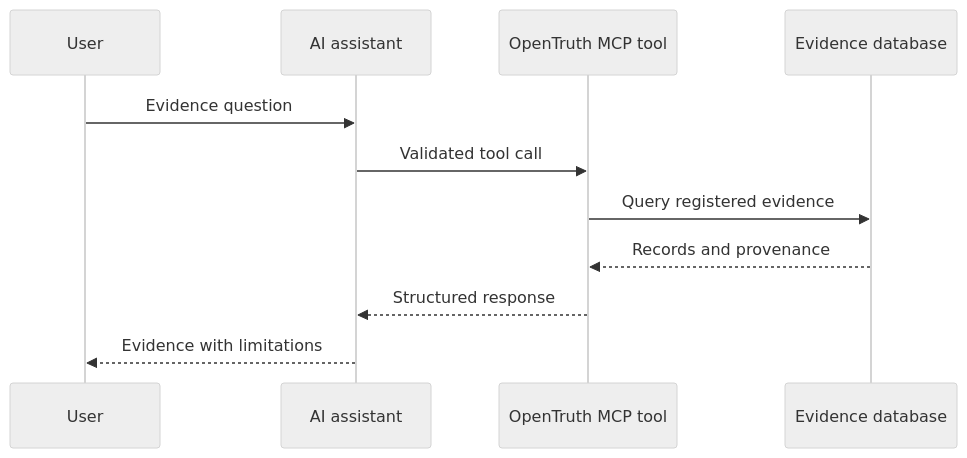
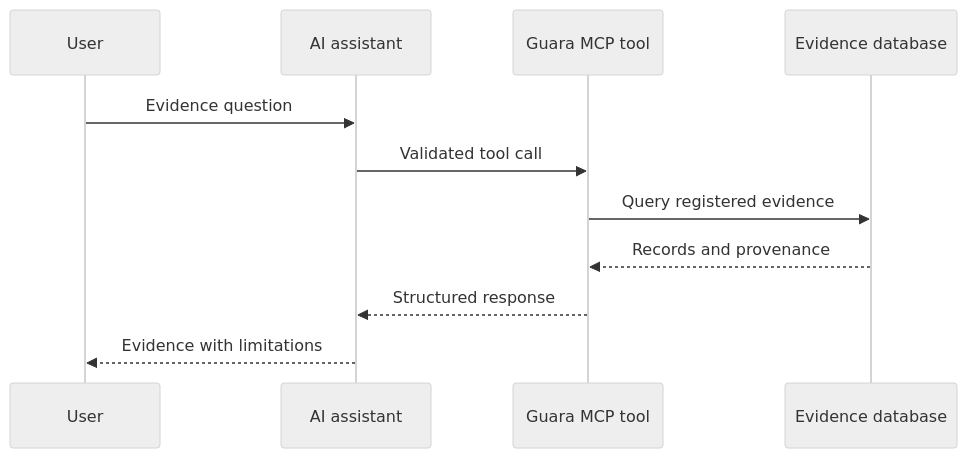
Before and after one commit to fredsevmartins/Guara: the diagram in docs/workflows/mcp-interaction.mmd, drawn with Mermaid (neutral theme). The commit also changed 33 other files, not shown here.

```diff
--- a/docs/workflows/mcp-interaction.mmd
+++ b/docs/workflows/mcp-interaction.mmd
@@ -1,11 +1,11 @@
 sequenceDiagram
     participant User
     participant Assistant as AI assistant
-    participant MCP as OpenTruth MCP tool
+    participant MCP as Guara MCP tool
     participant DB as Evidence database
     User->>Assistant: Evidence question
     Assistant->>MCP: Validated tool call
     MCP->>DB: Query registered evidence
     DB-->>MCP: Records and provenance
     MCP-->>Assistant: Structured response
     Assistant-->>User: Evidence with limitations
```
